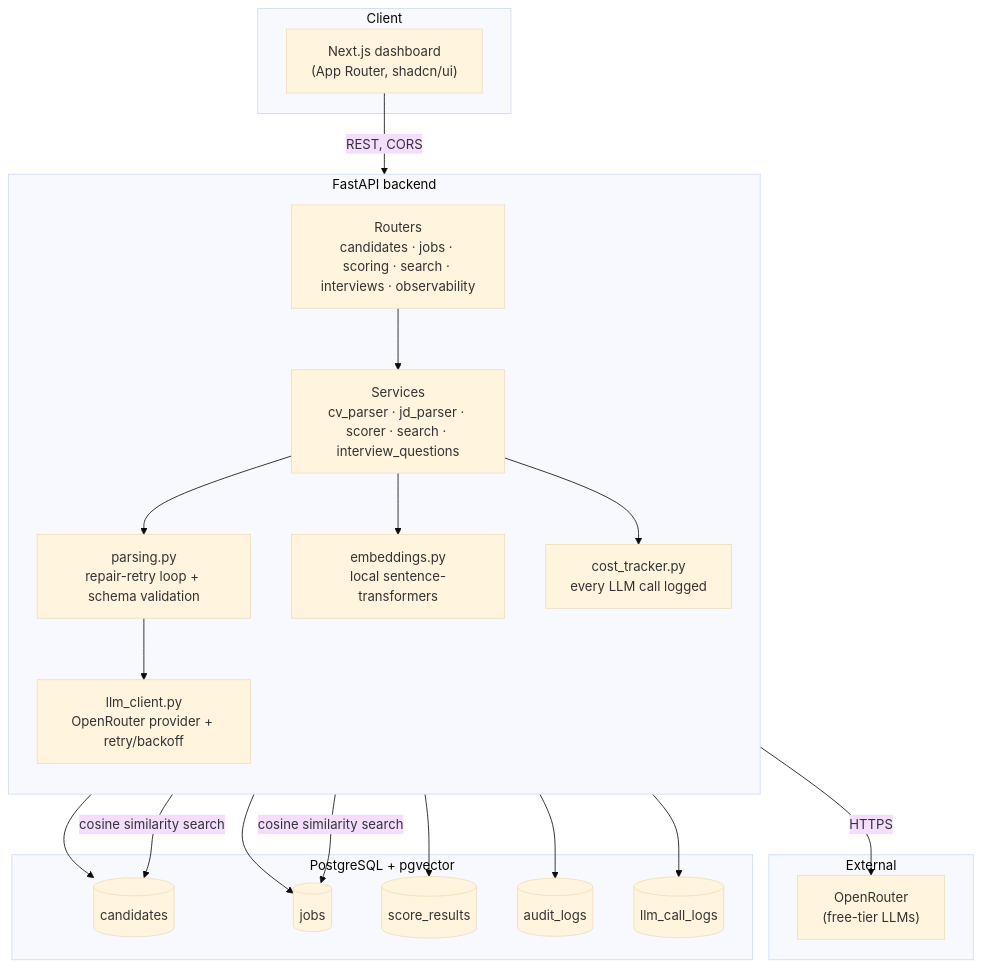
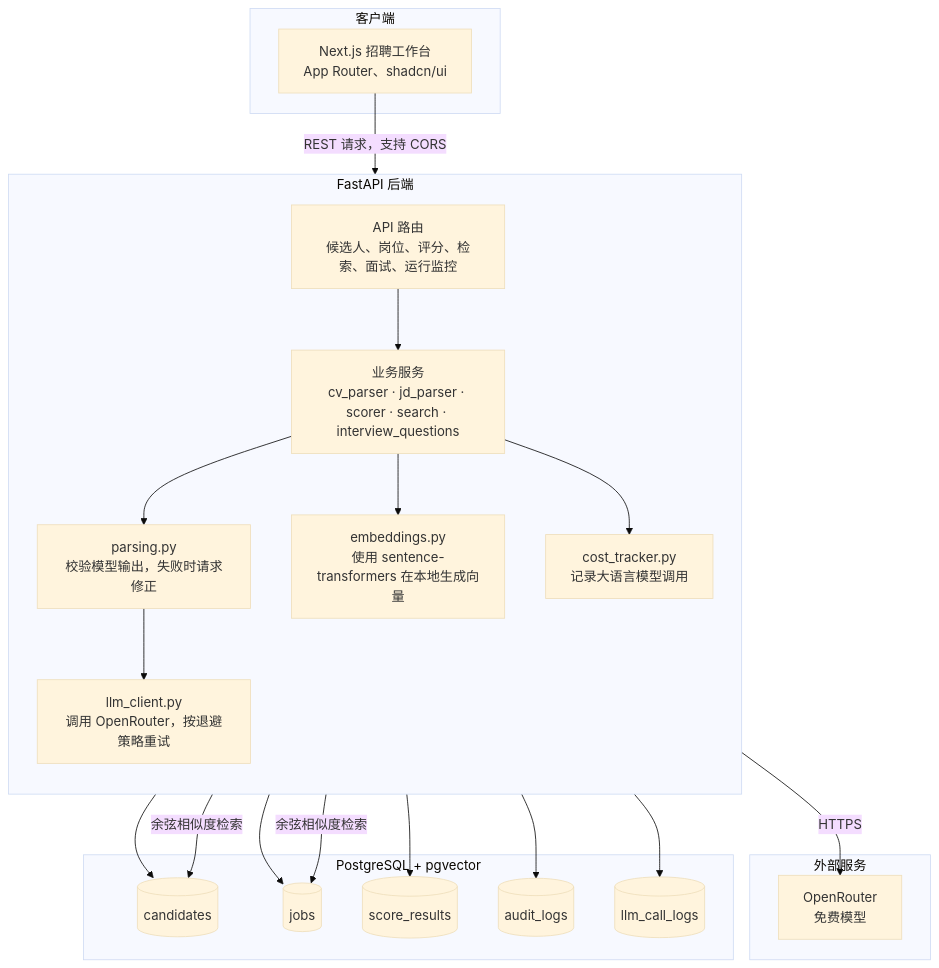
One commit to hanggefu-prog/resume-evidence-copilot changed the diagram in docs/architecture.md. Above: the diagram before and after it, drawn with Mermaid (base theme). The commit also changed other lines of this file and 2 other files, not shown here.

````diff
--- a/docs/architecture.md
+++ b/docs/architecture.md
@@ -5,43 +5,43 @@
 ```mermaid
 flowchart TB
-    subgraph Client
-        UI["Next.js dashboard<br/>(App Router, shadcn/ui)"]
+    subgraph Client["客户端"]
+        UI["Next.js 招聘工作台<br/>App Router、shadcn/ui"]
     end
 
-    subgraph Backend["FastAPI backend"]
+    subgraph Backend["FastAPI 后端"]
         direction TB
-        Routers["Routers<br/>candidates · jobs · scoring · search · interviews · observability"]
-        Services["Services<br/>cv_parser · jd_parser · scorer · search · interview_questions"]
-        Parsing["parsing.py<br/>repair-retry loop + schema validation"]
-        LLMClient["llm_client.py<br/>OpenRouter provider + retry/backoff"]
-        Embeddings["embeddings.py<br/>local sentence-transformers"]
-        CostTracker["cost_tracker.py<br/>every LLM call logged"]
+        Routers["API 路由<br/>候选人、岗位、评分、检索、面试、运行监控"]
+        Services["业务服务<br/>cv_parser · jd_parser · scorer · search · interview_questions"]
+        Parsing["parsing.py<br/>校验模型输出，失败时请求修正"]
+        LLMClient["llm_client.py<br/>调用 OpenRouter，按退避策略重试"]
+        Embeddings["embeddings.py<br/>使用 sentence-transformers 在本地生成向量"]
+        CostTracker["cost_tracker.py<br/>记录大语言模型调用"]
     end
 
-    subgraph External
-        OpenRouter["OpenRouter<br/>(free-tier LLMs)"]
+    subgraph External["外部服务"]
+        OpenRouter["OpenRouter<br/>免费模型"]
     end
 
     subgraph Storage["PostgreSQL + pgvector"]
         Candidates[(candidates)]
         Jobs[(jobs)]
         Scores[(score_results)]
         AuditLogs[(audit_logs)]
         LLMLogs[(llm_call_logs)]
     end
 
-    UI -->|REST, CORS| Routers
+    UI -->|REST 请求，支持 CORS| Routers
     Routers --> Services
     Services --> Parsing
     Parsing --> LLMClient
     LLMClient -->|HTTPS| OpenRouter
     Services --> Embeddings
     Services --> CostTracker
     Routers --> Candidates
     Routers --> Jobs
     Routers --> Scores
     Routers --> AuditLogs
     CostTracker --> LLMLogs
-    Services -->|cosine similarity search| Candidates
-    Services -->|cosine similarity search| Jobs
+    Services -->|余弦相似度检索| Candidates
+    Services -->|余弦相似度检索| Jobs
 ```
````
